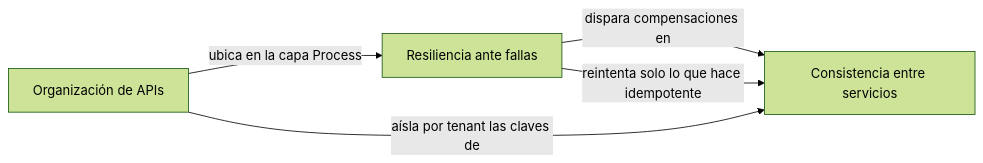
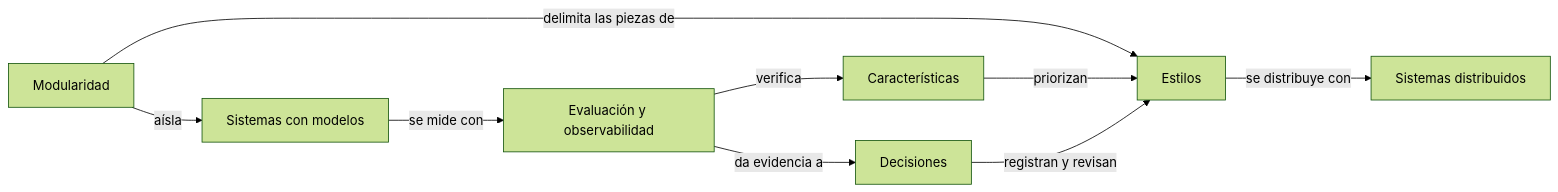
Before and after one commit to mtsdlf/conocimiento: the diagram in Arquitectura/arquitectura.md, drawn with Mermaid (forest theme). The commit also changed other lines of this file and 63 other files, not shown here.

````diff
--- a/Arquitectura/arquitectura.md
+++ b/Arquitectura/arquitectura.md
@@ -29,7 +45,11 @@
 ```mermaid
 flowchart LR
-  O[Organización de APIs] -->|ubica en la capa Process| R[Resiliencia ante fallas]
-  R -->|dispara compensaciones en| C[Consistencia entre servicios]
-  R -->|reintenta solo lo que hace idempotente| C
-  O -->|aísla por tenant las claves de| C
+  C[Características] -->|priorizan| E[Estilos]
+  M[Modularidad] -->|delimita las piezas de| E
+  E -->|se distribuye con| D[Sistemas distribuidos]
+  M -->|aísla| S[Sistemas con modelos]
+  S -->|se mide con| V[Evaluación y observabilidad]
+  V -->|verifica| C
+  DE[Decisiones] -->|registran y revisan| E
+  V -->|da evidencia a| DE
 ```
````
